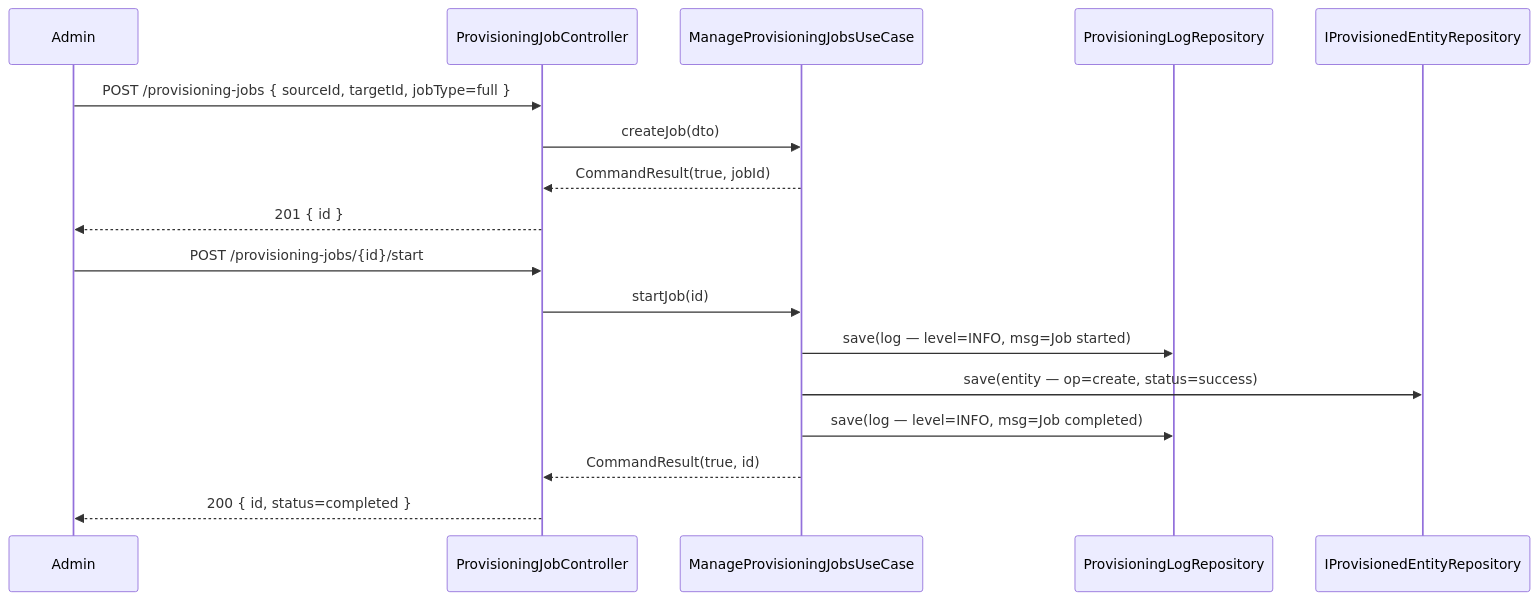
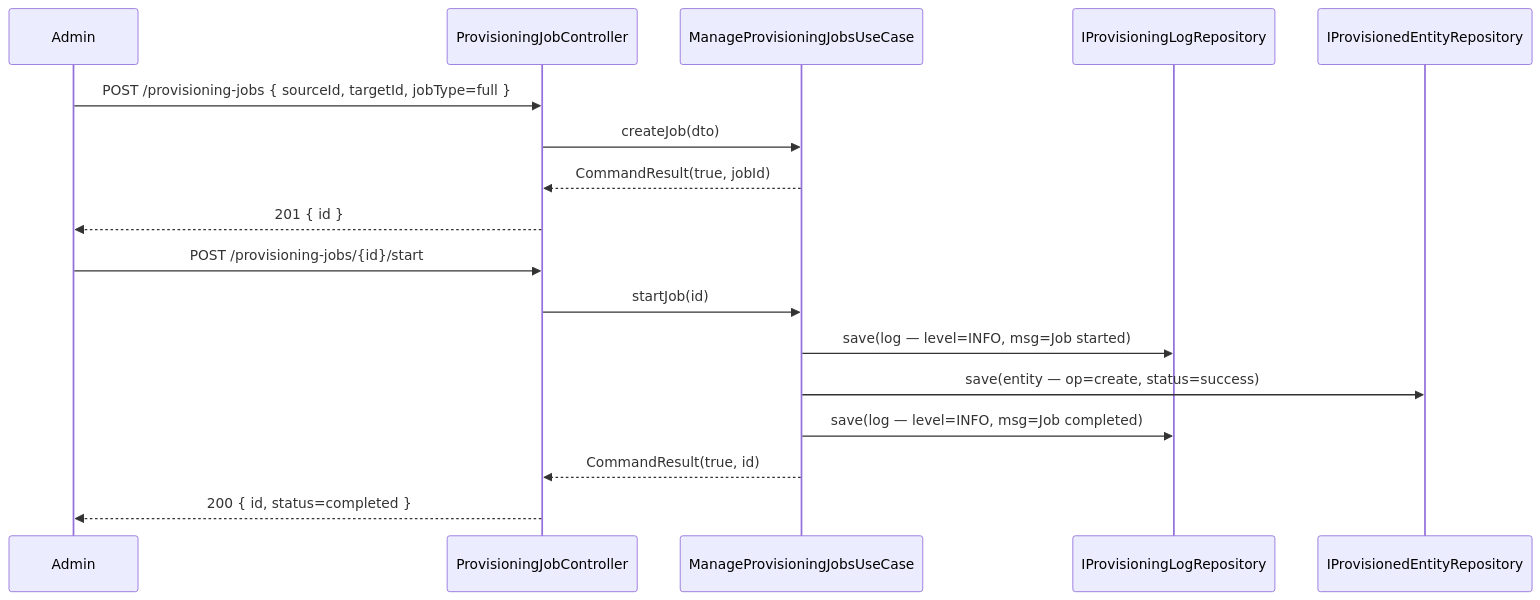
One commit to UIMSolutions/uim-platform changed the third of 3 diagrams in identity-provisioning/UML.md. Above: the diagram before and after it, drawn with Mermaid. The commit also changed 23 other files, not shown here.

````diff
--- a/identity-provisioning/UML.md
+++ b/identity-provisioning/UML.md
@@ -125,21 +125,21 @@
 ```mermaid
 sequenceDiagram
     participant Admin
     participant JC as ProvisioningJobController
     participant JUC as ManageProvisioningJobsUseCase
-    participant LR as ProvisioningLogRepository
+    participant LR as IProvisioningLogRepository
     participant ER as IProvisionedEntityRepository
 
     Admin->>JC: POST /provisioning-jobs { sourceId, targetId, jobType=full }
     JC->>JUC: createJob(dto)
     JUC-->>JC: CommandResult(true, jobId)
     JC-->>Admin: 201 { id }
 
     Admin->>JC: POST /provisioning-jobs/{id}/start
     JC->>JUC: startJob(id)
     JUC->>LR: save(log — level=INFO, msg=Job started)
     JUC->>ER: save(entity — op=create, status=success)
     JUC->>LR: save(log — level=INFO, msg=Job completed)
     JUC-->>JC: CommandResult(true, id)
     JC-->>Admin: 200 { id, status=completed }
 ```
````
